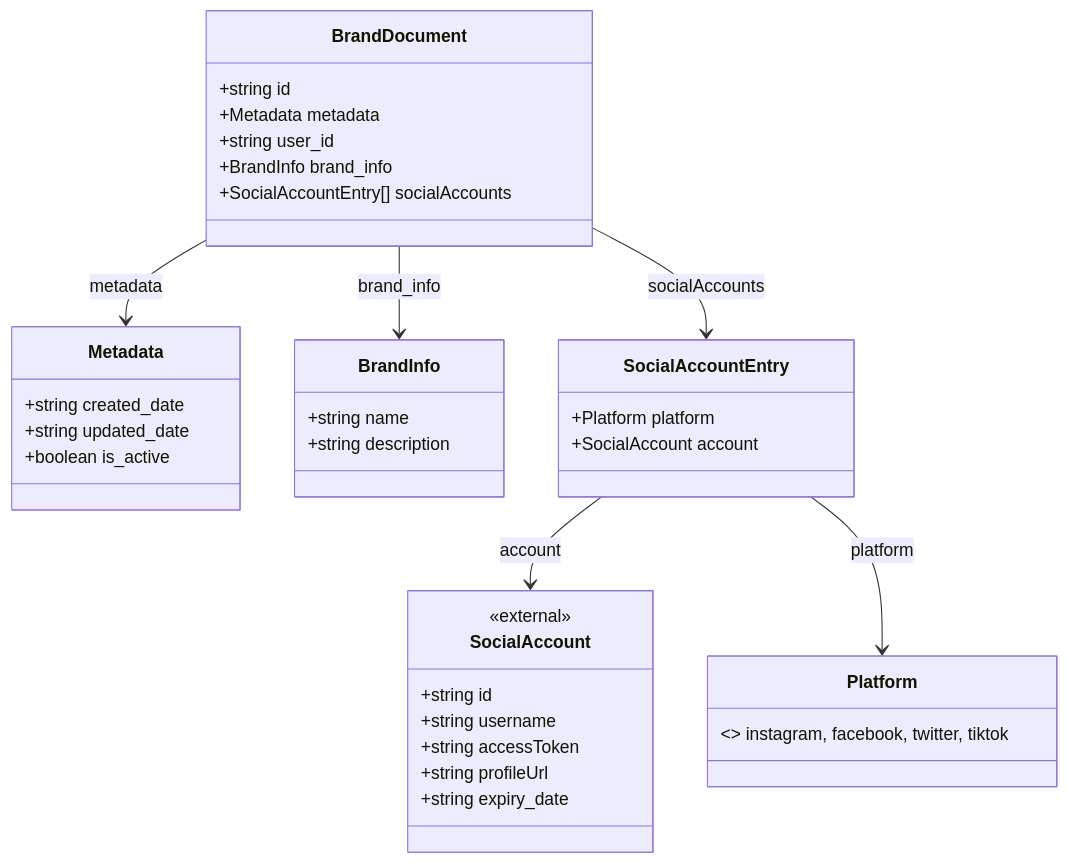
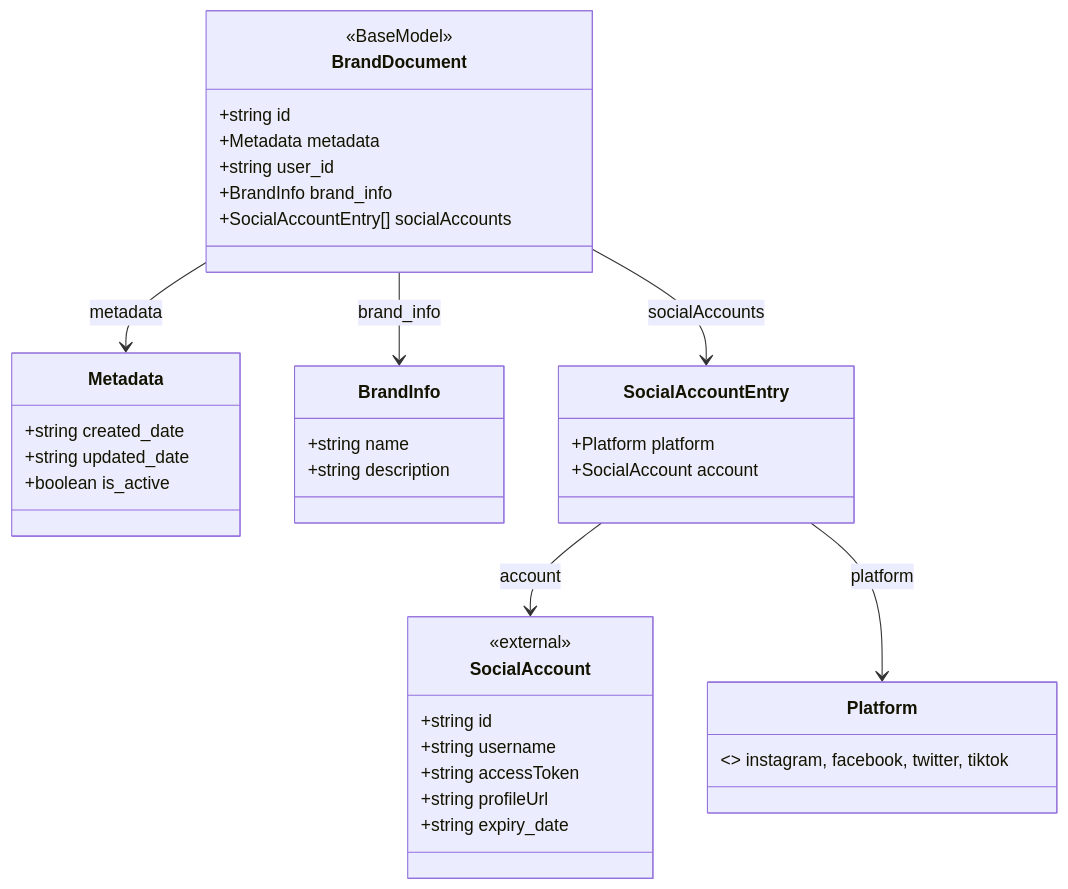
The diagram in Diagrams/BrandDocument-Diagram.mmd (1084-Ventures/autogensocial-specs), drawn with Mermaid before and after one commit. The commit also changed 106 other files, not shown here.

```diff
--- a/Diagrams/BrandDocument-Diagram.mmd
+++ b/Diagrams/BrandDocument-Diagram.mmd
@@ -1,37 +1,38 @@
 classDiagram
     class BrandDocument {
+        <<BaseModel>>        
         +string id
         +Metadata metadata
         +string user_id
         +BrandInfo brand_info
         +SocialAccountEntry[] socialAccounts
     }
     class Metadata {
         +string created_date
         +string updated_date
         +boolean is_active
     }
     class BrandInfo {
         +string name
         +string description
     }
     class Platform {
         <<enum>> instagram, facebook, twitter, tiktok
     }
     class SocialAccountEntry {
         +Platform platform
         +SocialAccount account
     }
     class SocialAccount {
         <<external>>
         +string id
         +string username
         +string accessToken
         +string profileUrl
         +string expiry_date
     }
     BrandDocument --> Metadata : metadata
     BrandDocument --> BrandInfo : brand_info
     BrandDocument --> SocialAccountEntry : socialAccounts
     SocialAccountEntry --> SocialAccount : account
     SocialAccountEntry --> Platform : platform
```
